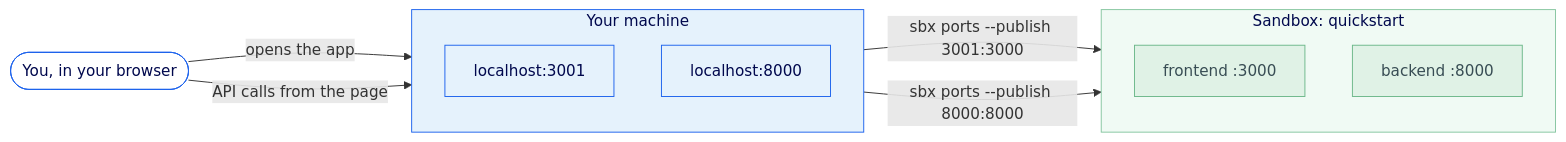
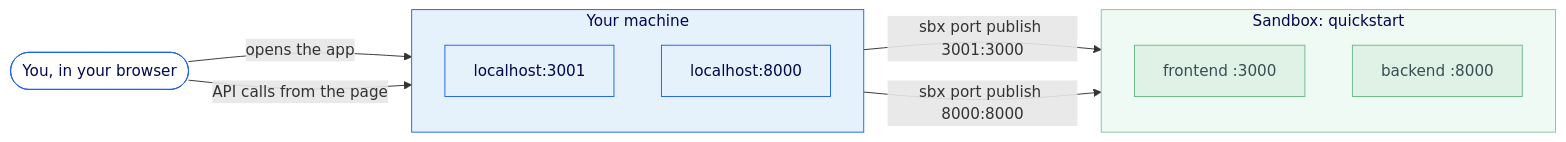
Before and after one commit to ajeetraina/sbx-lab: the first of 2 diagrams in instructions/09-port-forwarding.md, drawn with Mermaid. The commit also changed other lines of this file and 18 other files, not shown here.

````diff
--- a/instructions/09-port-forwarding.md
+++ b/instructions/09-port-forwarding.md
@@ -5,36 +5,36 @@
 ```mermaid
 graph LR
     You(["You, in your browser"])
 
     subgraph Host["Your machine"]
         direction TB
         Port3001["localhost:3001"]
         Port8000["localhost:8000"]
     end
 
     subgraph Sandbox["Sandbox: quickstart"]
         direction TB
         Frontend["frontend :3000"]
         Backend["backend :8000"]
     end
 
     You -->|opens the app| Port3001
     You -->|API calls from the page| Port8000
-    Port3001 -->|"sbx ports --publish 3001:3000"| Frontend
-    Port8000 -->|"sbx ports --publish 8000:8000"| Backend
+    Port3001 -->|"sbx port publish 3001:3000"| Frontend
+    Port8000 -->|"sbx port publish 8000:8000"| Backend
 
     %% Styles — containers
     style Host fill:#E5F2FC,stroke:#1D63ED,color:#00084D
     style Sandbox fill:#f0faf4,stroke:#86c5a0,color:#00084D
 
     %% Styles — host nodes
     style Port3001 fill:#E5F2FC,stroke:#1D63ED,color:#00084D
     style Port8000 fill:#E5F2FC,stroke:#1D63ED,color:#00084D
 
     %% Styles — sandbox nodes
     style Frontend fill:#e0f2e6,stroke:#6db88a,color:#384D54
     style Backend fill:#e0f2e6,stroke:#6db88a,color:#384D54
 
     %% Styles — actor
     style You fill:#fff,stroke:#1D63ED,color:#00084D
 ```
````
